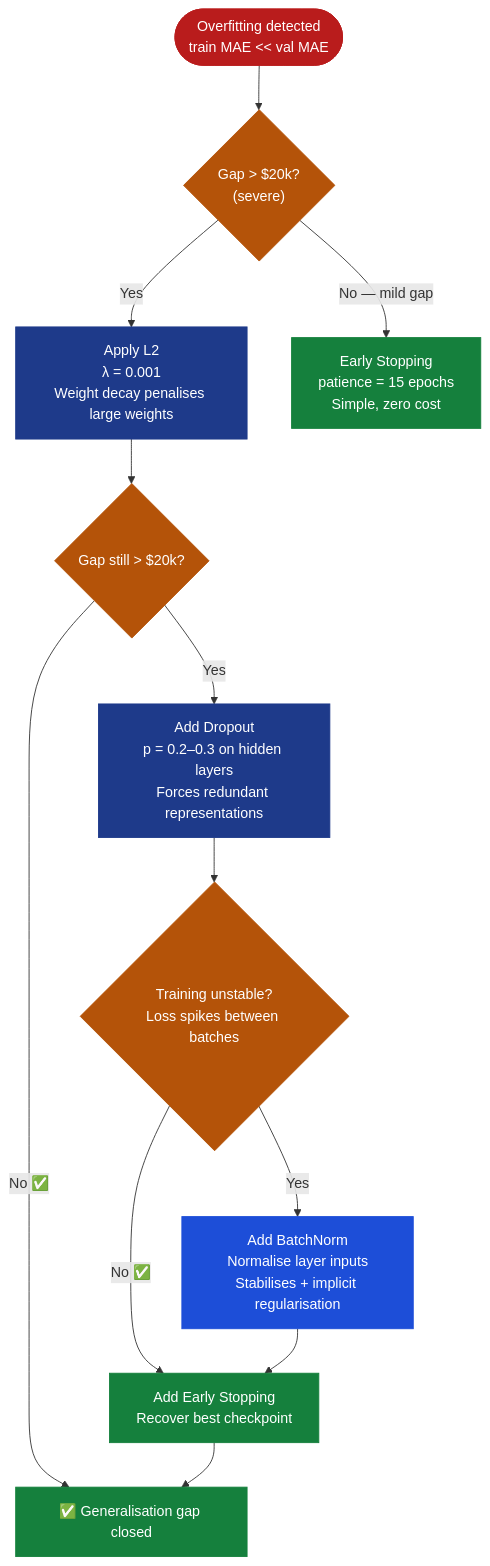
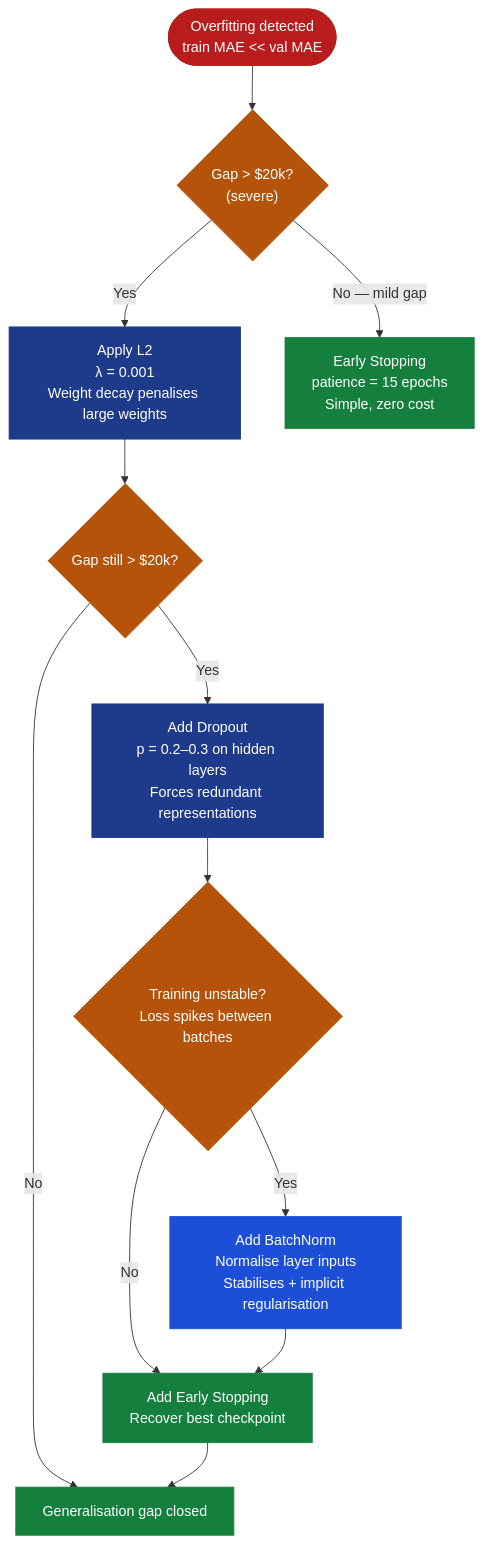
One commit to dsgouda7/ai-portfolio changed the first of 2 diagrams in notes/01-ml/03-neural-networks/ch04_regularisation/README.md. Above: the diagram before and after it, drawn with Mermaid. The commit also changed other lines of this file and 179 other files, not shown here.

````diff
--- a/notes/01-ml/03-neural-networks/ch04_regularisation/README.md
+++ b/notes/01-ml/03-neural-networks/ch04_regularisation/README.md
@@ -569,30 +568,30 @@
 ```mermaid
 flowchart TD
-    START(["Overfitting detected\ntrain MAE << val MAE"])
-    START --> Q1{"Gap > $20k?\n(severe)"}
+ START(["Overfitting detected\ntrain MAE << val MAE"])
+ START --> Q1{"Gap > $20k?\n(severe)"}
 
-    Q1 -->|Yes| L2["Apply L2\nλ = 0.001\nWeight decay penalises large weights"]
-    Q1 -->|"No — mild gap"| ES["Early Stopping\npatience = 15 epochs\nSimple, zero cost"]
+ Q1 -->|Yes| L2["Apply L2\nλ = 0.001\nWeight decay penalises large weights"]
+ Q1 -->|"No — mild gap"| ES["Early Stopping\npatience = 15 epochs\nSimple, zero cost"]
 
-    L2 --> Q2{"Gap still > $20k?"}
-    Q2 -->|Yes| DROP["Add Dropout\np = 0.2–0.3 on hidden layers\nForces redundant representations"]
-    Q2 -->|"No ✅"| DONE
+ L2 --> Q2{"Gap still > $20k?"}
+ Q2 -->|Yes| DROP["Add Dropout\np = 0.2–0.3 on hidden layers\nForces redundant representations"]
+ Q2 -->|"No "| DONE
 
-    DROP --> Q3{"Training unstable?\nLoss spikes between batches"}
-    Q3 -->|Yes| BN["Add BatchNorm\nNormalise layer inputs\nStabilises + implicit regularisation"]
-    Q3 -->|"No ✅"| ES2["Add Early Stopping\nRecover best checkpoint"]
+ DROP --> Q3{"Training unstable?\nLoss spikes between batches"}
+ Q3 -->|Yes| BN["Add BatchNorm\nNormalise layer inputs\nStabilises + implicit regularisation"]
+ Q3 -->|"No "| ES2["Add Early Stopping\nRecover best checkpoint"]
 
-    BN --> ES2
-    ES2 --> DONE["✅ Generalisation gap closed"]
+ BN --> ES2
+ ES2 --> DONE[" Generalisation gap closed"]
 
-    style START fill:#b91c1c,color:#fff,stroke:#b91c1c
-    style Q1 fill:#b45309,color:#fff,stroke:#b45309
-    style Q2 fill:#b45309,color:#fff,stroke:#b45309
-    style Q3 fill:#b45309,color:#fff,stroke:#b45309
-    style L2 fill:#1e3a8a,color:#fff,stroke:#1e3a8a
-    style DROP fill:#1e3a8a,color:#fff,stroke:#1e3a8a
-    style BN fill:#1d4ed8,color:#fff,stroke:#1d4ed8
-    style ES fill:#15803d,color:#fff,stroke:#15803d
-    style ES2 fill:#15803d,color:#fff,stroke:#15803d
-    style DONE fill:#15803d,color:#fff,stroke:#15803d
+ style START fill:#b91c1c,color:#fff,stroke:#b91c1c
+ style Q1 fill:#b45309,color:#fff,stroke:#b45309
+ style Q2 fill:#b45309,color:#fff,stroke:#b45309
+ style Q3 fill:#b45309,color:#fff,stroke:#b45309
+ style L2 fill:#1e3a8a,color:#fff,stroke:#1e3a8a
+ style DROP fill:#1e3a8a,color:#fff,stroke:#1e3a8a
+ style BN fill:#1d4ed8,color:#fff,stroke:#1d4ed8
+ style ES fill:#15803d,color:#fff,stroke:#15803d
+ style ES2 fill:#15803d,color:#fff,stroke:#15803d
+ style DONE fill:#15803d,color:#fff,stroke:#15803d
 ```
````
